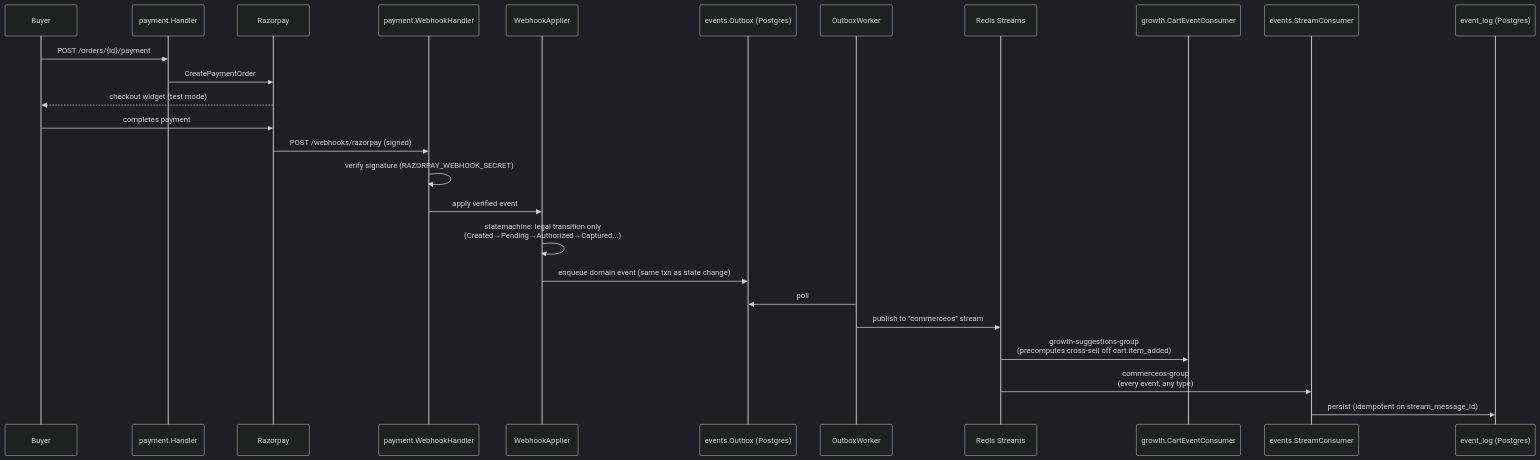
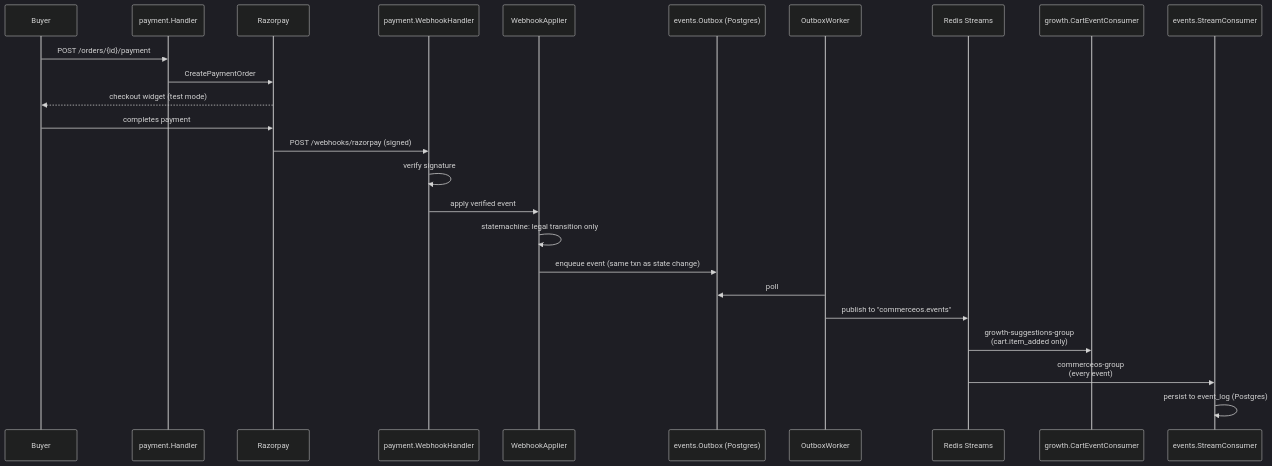
Before and after one commit to GarineSaiAjay/commerceos: the ninth of 10 diagrams in files/ARCHITECTURE.md, drawn with Mermaid (dark theme). The commit also changed other lines of this file, not shown here.

First line of the commit message:
docs(files): fix distorted Mermaid rendering in ARCHITECTURE.md

````diff
--- a/files/ARCHITECTURE.md
+++ b/files/ARCHITECTURE.md
@@ -370,29 +396,28 @@
 ```mermaid
 sequenceDiagram
     participant Buyer
     participant PaymentH as payment.Handler
     participant Razorpay
     participant Webhook as payment.WebhookHandler
     participant Applier as WebhookApplier
     participant Outbox as events.Outbox (Postgres)
     participant Worker as OutboxWorker
     participant Streams as Redis Streams
     participant Consumer as growth.CartEventConsumer
     participant Logger as events.StreamConsumer
-    participant EventLog as event_log (Postgres)
 
     Buyer->>PaymentH: POST /orders/{id}/payment
     PaymentH->>Razorpay: CreatePaymentOrder
     Razorpay-->>Buyer: checkout widget (test mode)
     Buyer->>Razorpay: completes payment
     Razorpay->>Webhook: POST /webhooks/razorpay (signed)
-    Webhook->>Webhook: verify signature (RAZORPAY_WEBHOOK_SECRET)
+    Webhook->>Webhook: verify signature
     Webhook->>Applier: apply verified event
-    Applier->>Applier: statemachine: legal transition only<br/>(Created→Pending→Authorized→Captured...)
-    Applier->>Outbox: enqueue domain event (same txn as state change)
+    Applier->>Applier: statemachine: legal transition only
+    Applier->>Outbox: enqueue event (same txn as state change)
     Worker->>Outbox: poll
-    Worker->>Streams: publish to "commerceos" stream
-    Streams->>Consumer: growth-suggestions-group<br/>(precomputes cross-sell off cart.item_added)
-    Streams->>Logger: commerceos-group<br/>(every event, any type)
-    Logger->>EventLog: persist (idempotent on stream_message_id)
+    Worker->>Streams: publish to "commerceos.events"
+    Streams->>Consumer: growth-suggestions-group<br/>(cart.item_added only)
+    Streams->>Logger: commerceos-group<br/>(every event)
+    Logger->>Logger: persist to event_log (Postgres)
 ```
````
